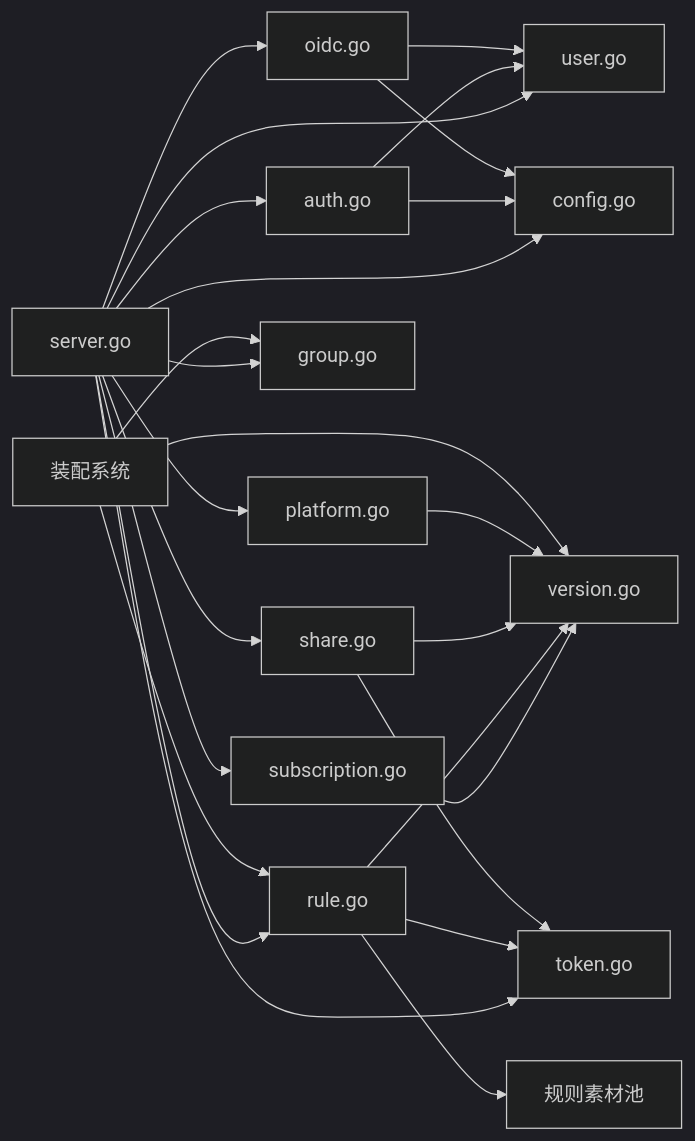
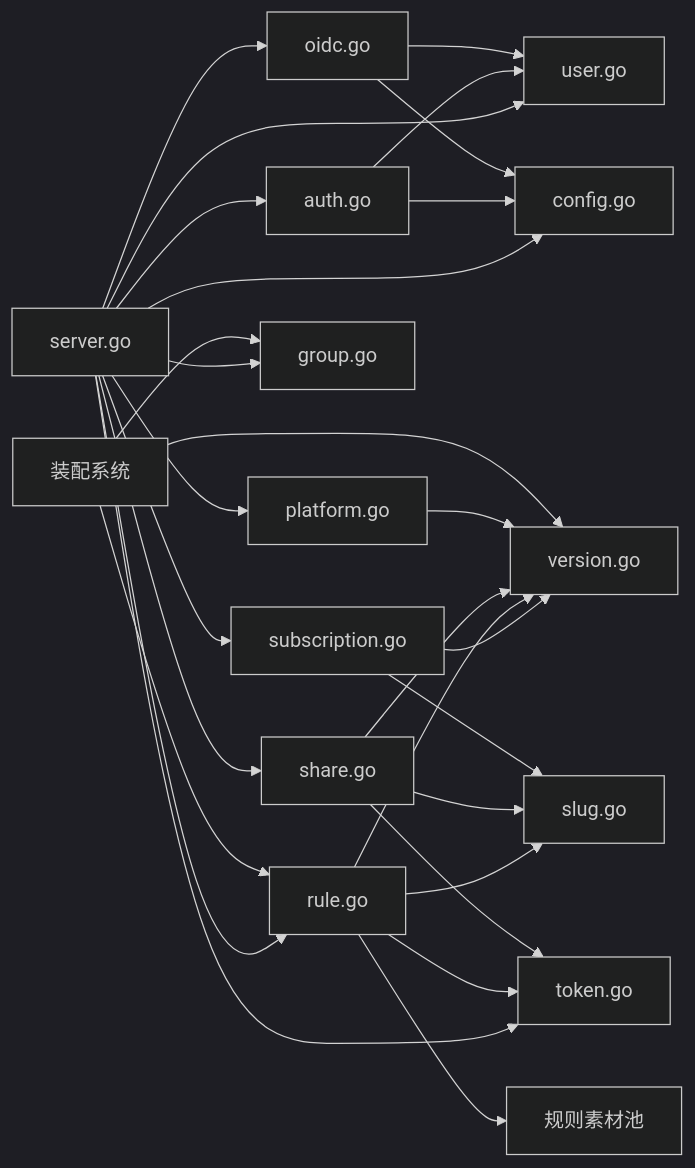
One commit to AlcaProphet/VPN-Subscription-Management changed diagram 13 of 13 in .qoder/repowiki/zh/content/核心功能模块/核心功能模块.md. Above: the diagram before and after it, drawn with Mermaid (dark theme). The commit also changed other lines of this file and 5 other files, not shown here.

````diff
--- a/.qoder/repowiki/zh/content/核心功能模块/核心功能模块.md
+++ b/.qoder/repowiki/zh/content/核心功能模块/核心功能模块.md
@@ -527,27 +578,30 @@
 ```mermaid
 graph LR
 Server["server.go"] --> Auth["auth.go"]
 Server --> User["user.go"]
 Server --> Oidc["oidc.go"]
 Server --> Platform["platform.go"]
 Server --> Subscription["subscription.go"]
 Server --> Group["group.go"]
 Server --> Rule["rule.go"]
 Server --> Share["share.go"]
 Server --> Token["token.go"]
 Server --> Config["config.go"]
 Subscription --> Version["version.go"]
 Rule --> Version
 Share --> Version
 Platform --> Version
 Rule --> Token
 Share --> Token
 Auth --> User
 Auth --> Config
 Oidc --> Config
 Oidc --> User
 Rule --> Pool["规则素材池"]
 Assembly["装配系统"] --> Rule
 Assembly --> Group
 Assembly --> Version
+Rule --> Slug["slug.go"]
+Share --> Slug
+Subscription --> Slug
 ```
````
